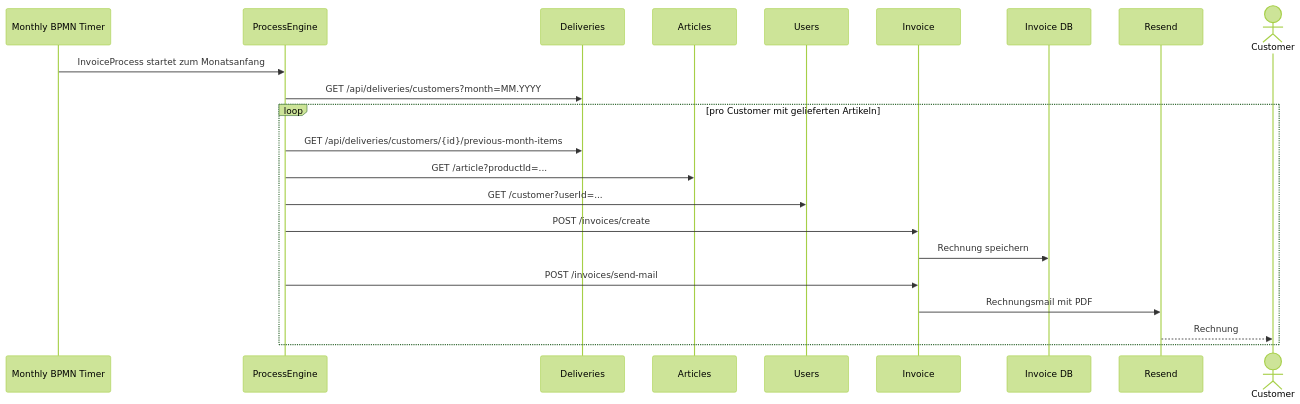
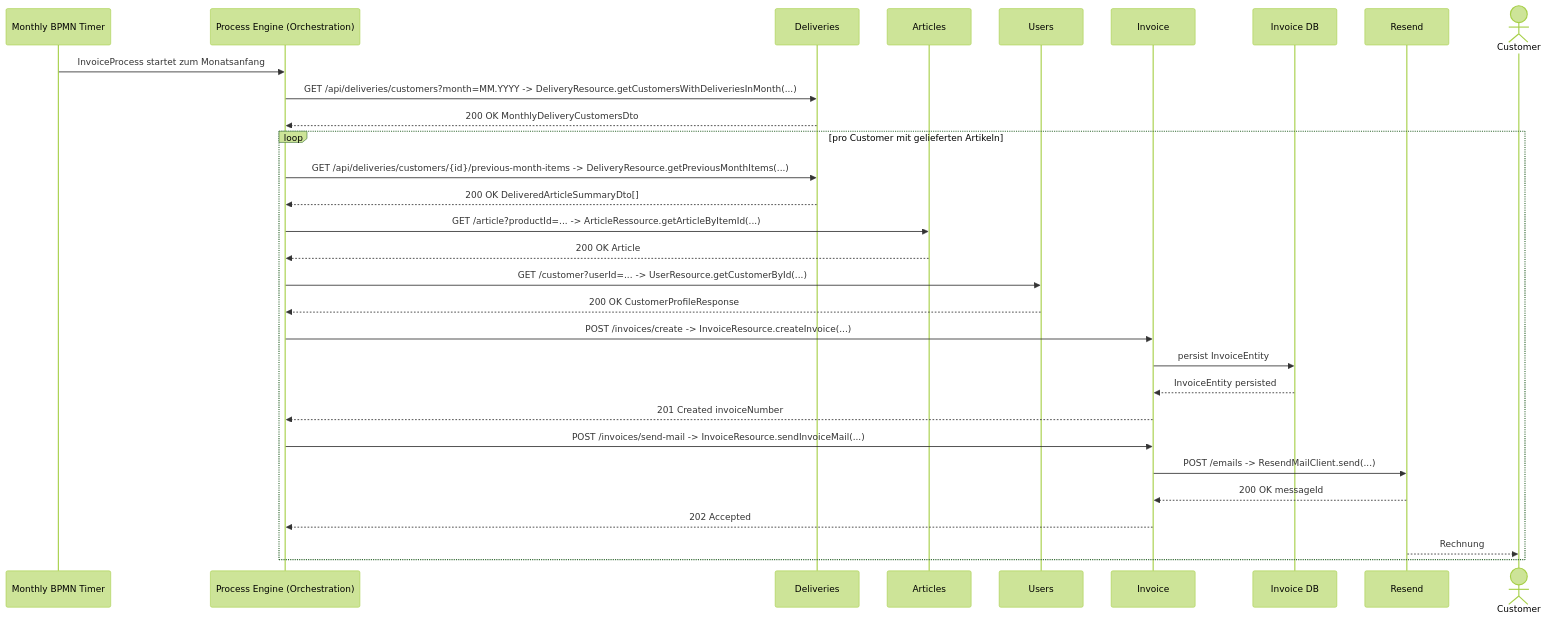
Before and after one commit to thi-projekte/ReStockOffice: the sixth of 7 diagrams in docs/system-architecture.md, drawn with Mermaid (forest theme). The commit also changed other lines of this file, not shown here.

````diff
--- a/docs/system-architecture.md
+++ b/docs/system-architecture.md
@@ -219,25 +250,33 @@
 ```mermaid
 sequenceDiagram
     participant Timer as Monthly BPMN Timer
-    participant ProcessEngine
+    participant ProcessEngine as Process Engine (Orchestration)
     participant Deliveries
     participant Articles
     participant Users
     participant Invoice
     participant InvoiceDB as Invoice DB
     participant Resend
     actor Customer
 
     Timer->>ProcessEngine: InvoiceProcess startet zum Monatsanfang
-    ProcessEngine->>Deliveries: GET /api/deliveries/customers?month=MM.YYYY
+    ProcessEngine->>Deliveries: GET /api/deliveries/customers?month=MM.YYYY -> DeliveryResource.getCustomersWithDeliveriesInMonth(...)
+    Deliveries-->>ProcessEngine: 200 OK MonthlyDeliveryCustomersDto
     loop pro Customer mit gelieferten Artikeln
-        ProcessEngine->>Deliveries: GET /api/deliveries/customers/{id}/previous-month-items
-        ProcessEngine->>Articles: GET /article?productId=...
-        ProcessEngine->>Users: GET /customer?userId=...
-        ProcessEngine->>Invoice: POST /invoices/create
-        Invoice->>InvoiceDB: Rechnung speichern
-        ProcessEngine->>Invoice: POST /invoices/send-mail
-        Invoice->>Resend: Rechnungsmail mit PDF
+        ProcessEngine->>Deliveries: GET /api/deliveries/customers/{id}/previous-month-items -> DeliveryResource.getPreviousMonthItems(...)
+        Deliveries-->>ProcessEngine: 200 OK DeliveredArticleSummaryDto[]
+        ProcessEngine->>Articles: GET /article?productId=... -> ArticleRessource.getArticleByItemId(...)
+        Articles-->>ProcessEngine: 200 OK Article
+        ProcessEngine->>Users: GET /customer?userId=... -> UserResource.getCustomerById(...)
+        Users-->>ProcessEngine: 200 OK CustomerProfileResponse
+        ProcessEngine->>Invoice: POST /invoices/create -> InvoiceResource.createInvoice(...)
+        Invoice->>InvoiceDB: persist InvoiceEntity
+        InvoiceDB-->>Invoice: InvoiceEntity persisted
+        Invoice-->>ProcessEngine: 201 Created invoiceNumber
+        ProcessEngine->>Invoice: POST /invoices/send-mail -> InvoiceResource.sendInvoiceMail(...)
+        Invoice->>Resend: POST /emails -> ResendMailClient.send(...)
+        Resend-->>Invoice: 200 OK messageId
+        Invoice-->>ProcessEngine: 202 Accepted
         Resend-->>Customer: Rechnung
     end
 ```
````
